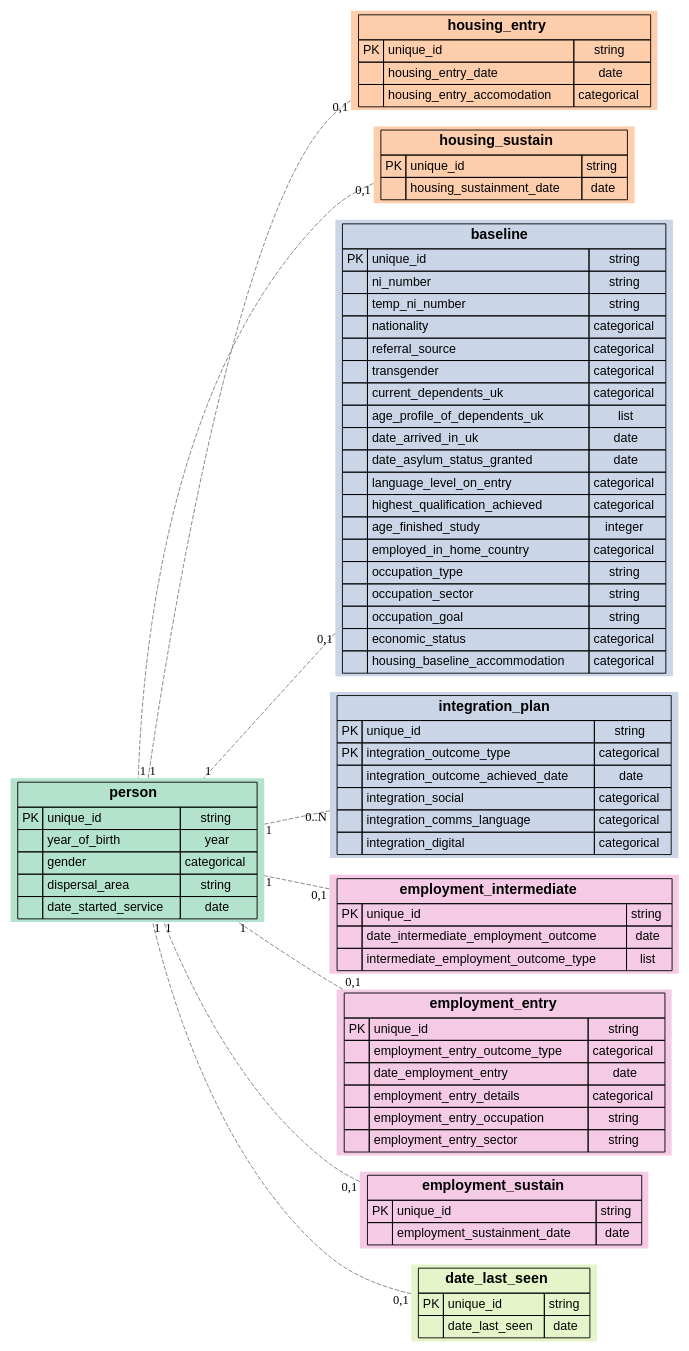
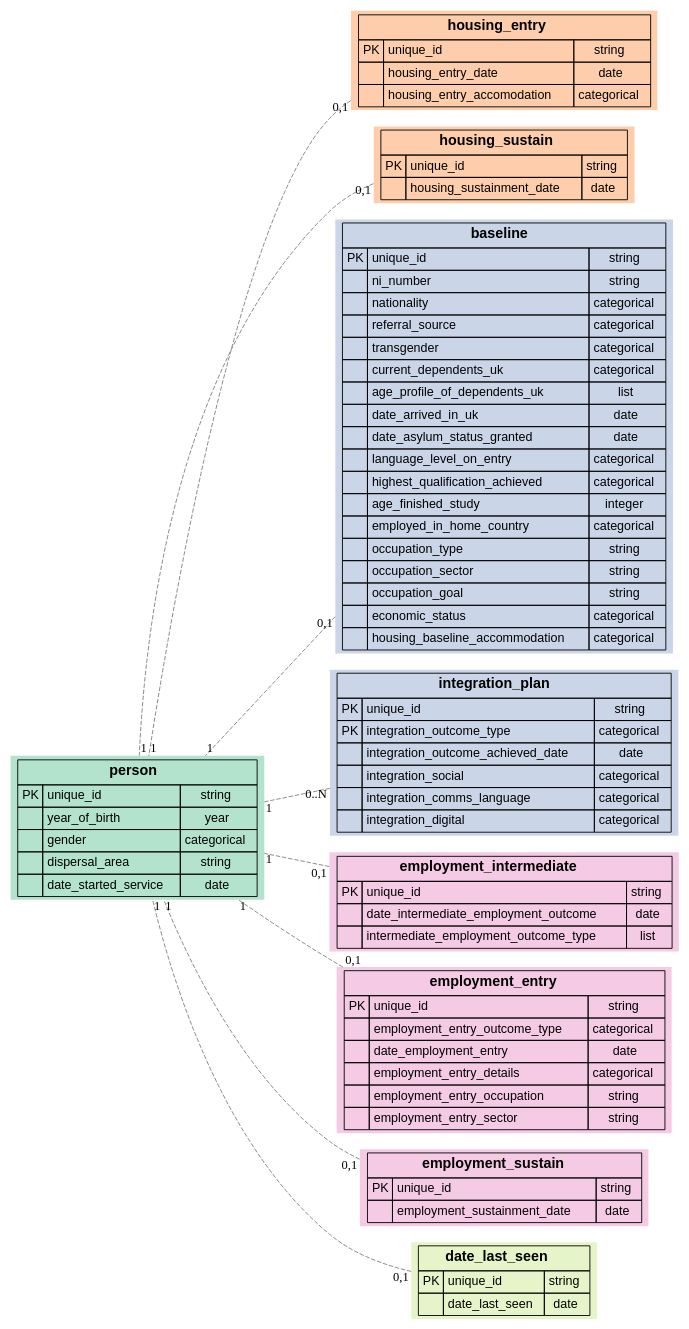
One commit to SocialFinanceDigitalLabs/RTOF-specification changed the diagram in assets/spec/record-relationships.dot. Above: the diagram before and after it, drawn with Graphviz. The commit also changed 21 other files, not shown here.

```diff
--- a/assets/spec/record-relationships.dot
+++ b/assets/spec/record-relationships.dot
@@ -104,11 +104,6 @@
         <TR>
             <TD></TD>
             <TD ALIGN="LEFT">ni_number</TD>
-            <TD ALIGN="CENTER">string</TD>
-        </TR>
-        <TR>
-            <TD></TD>
-            <TD ALIGN="LEFT">temp_ni_number</TD>
             <TD ALIGN="CENTER">string</TD>
         </TR>
         <TR>
```
